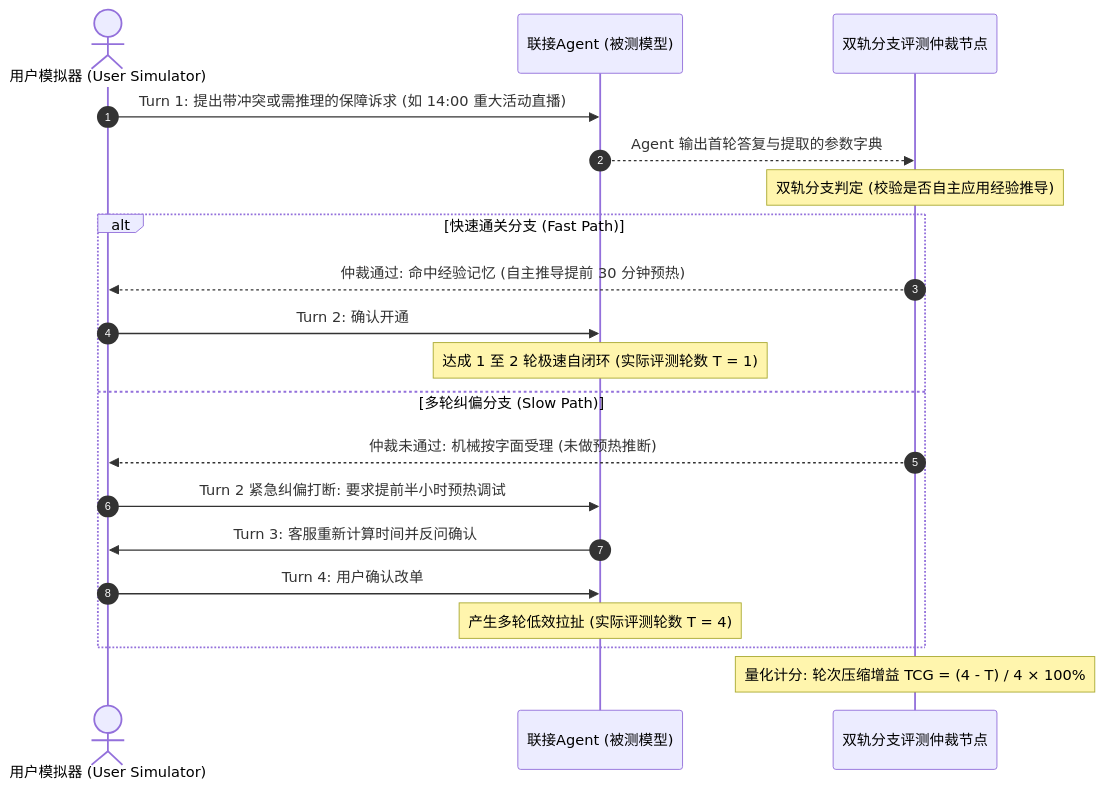
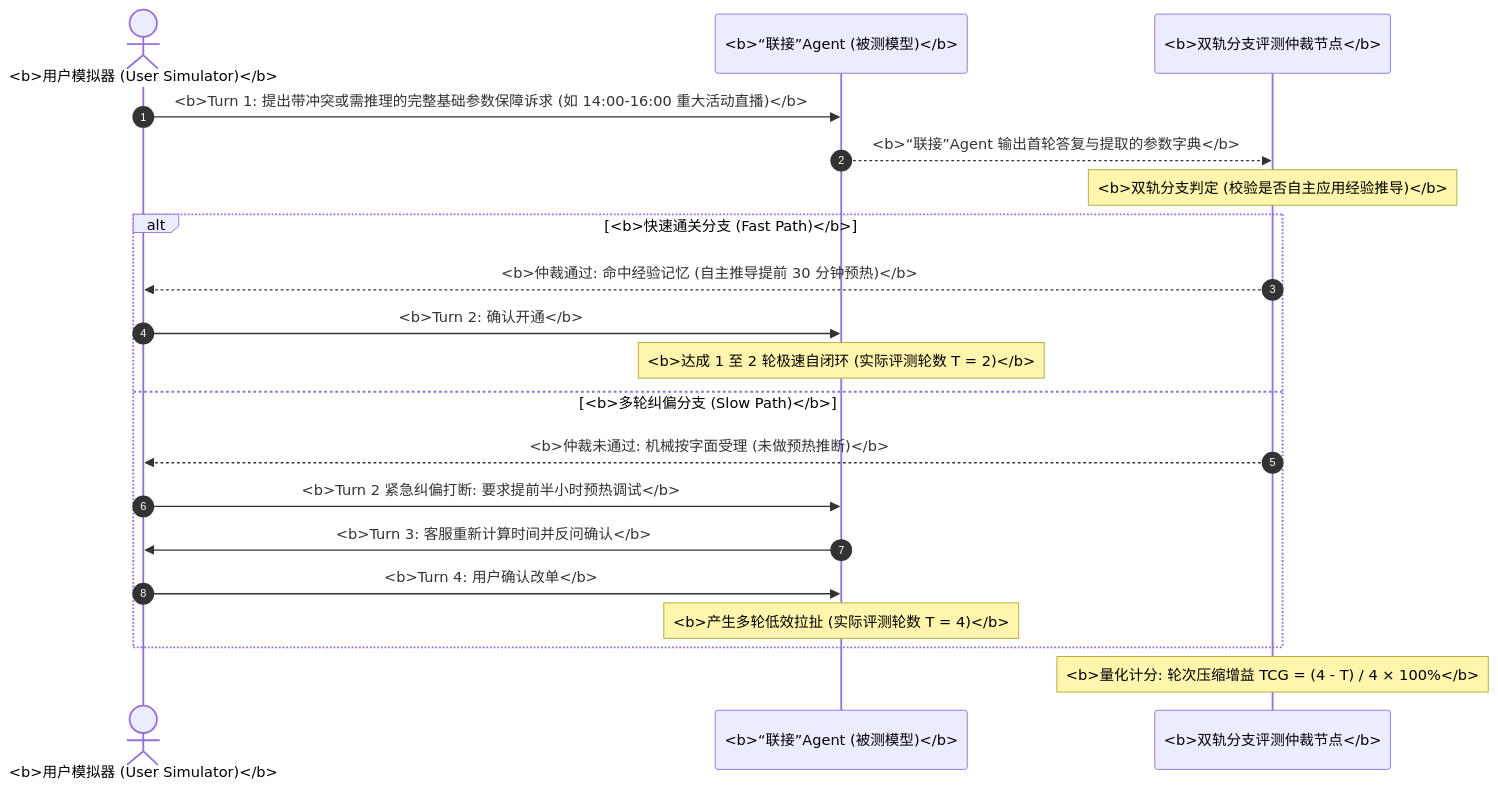
The fourth of 4 diagrams in docs/specs/cognitive_memory_dev_spec.md (wangbanjin1/cross_data_gen), drawn with Mermaid before and after one commit. The commit also changed other lines of this file and 10 other files, not shown here.

````diff
--- a/docs/specs/cognitive_memory_dev_spec.md
+++ b/docs/specs/cognitive_memory_dev_spec.md
@@ -216,26 +216,26 @@
 ```mermaid
 sequenceDiagram
     autonumber
-    actor UserSim as 用户模拟器 (User Simulator)
-    participant Agent as 联接Agent (被测模型)
-    participant Judge as 双轨分支评测仲裁节点
+    actor UserSim as <b>用户模拟器 (User Simulator)</b>
+    participant Agent as <b>“联接”Agent (被测模型)</b>
+    participant Judge as <b>双轨分支评测仲裁节点</b>
 
-    UserSim->>Agent: Turn 1: 提出带冲突或需推理的保障诉求 (如 14:00 重大活动直播)
-    Agent-->>Judge: Agent 输出首轮答复与提取的参数字典
+    UserSim->>Agent: <b>Turn 1: 提出带冲突或需推理的完整基础参数保障诉求 (如 14:00-16:00 重大活动直播)</b>
+    Agent-->>Judge: <b>“联接”Agent 输出首轮答复与提取的参数字典</b>
 
-    Note over Judge: 双轨分支判定 (校验是否自主应用经验推导)
+    Note over Judge: <b>双轨分支判定 (校验是否自主应用经验推导)</b>
 
-    alt 快速通关分支 (Fast Path)
-        Judge-->>UserSim: 仲裁通过: 命中经验记忆 (自主推导提前 30 分钟预热)
-        UserSim->>Agent: Turn 2: 确认开通
-        Note over Agent: 达成 1 至 2 轮极速自闭环 (实际评测轮数 T = 1)
-    else 多轮纠偏分支 (Slow Path)
-        Judge-->>UserSim: 仲裁未通过: 机械按字面受理 (未做预热推断)
-        UserSim->>Agent: Turn 2 紧急纠偏打断: 要求提前半小时预热调试
-        Agent->>UserSim: Turn 3: 客服重新计算时间并反问确认
-        UserSim->>Agent: Turn 4: 用户确认改单
-        Note over Agent: 产生多轮低效拉扯 (实际评测轮数 T = 4)
+    alt <b>快速通关分支 (Fast Path)</b>
+        Judge-->>UserSim: <b>仲裁通过: 命中经验记忆 (自主推导提前 30 分钟预热)</b>
+        UserSim->>Agent: <b>Turn 2: 确认开通</b>
+        Note over Agent: <b>达成 1 至 2 轮极速自闭环 (实际评测轮数 T = 2)</b>
+    else <b>多轮纠偏分支 (Slow Path)</b>
+        Judge-->>UserSim: <b>仲裁未通过: 机械按字面受理 (未做预热推断)</b>
+        UserSim->>Agent: <b>Turn 2 紧急纠偏打断: 要求提前半小时预热调试</b>
+        Agent->>UserSim: <b>Turn 3: 客服重新计算时间并反问确认</b>
+        UserSim->>Agent: <b>Turn 4: 用户确认改单</b>
+        Note over Agent: <b>产生多轮低效拉扯 (实际评测轮数 T = 4)</b>
     end
 
-    Note over Judge: 量化计分: 轮次压缩增益 TCG = (4 - T) / 4 × 100%
+    Note over Judge: <b>量化计分: 轮次压缩增益 TCG = (4 - T) / 4 × 100%</b>
 ```
````
